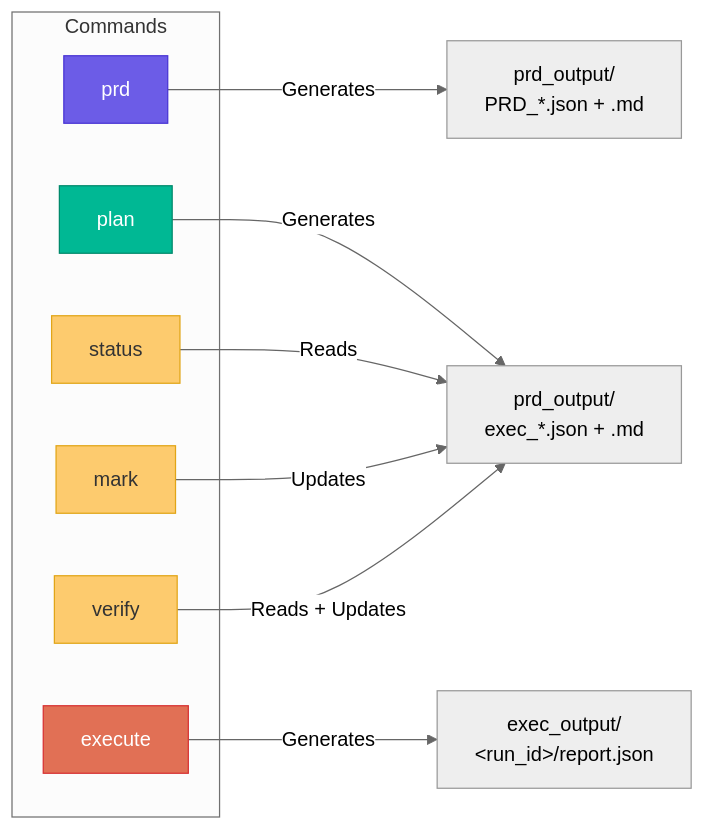
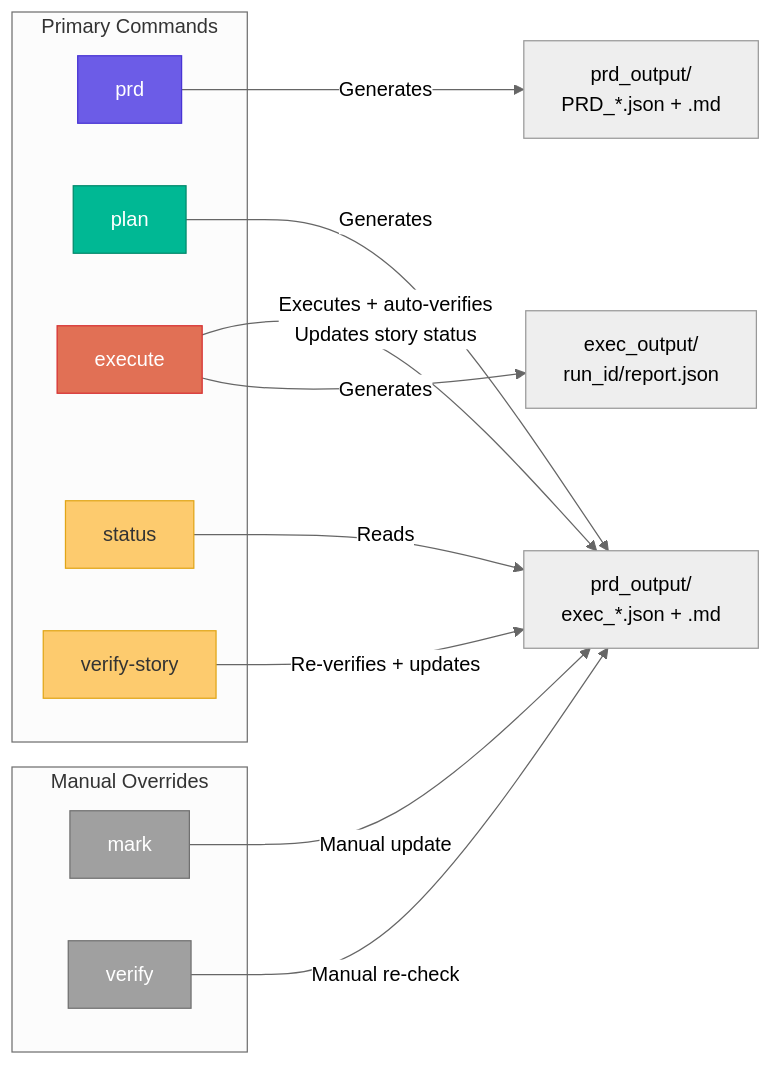
Before and after one commit to darthlinuxer/dialectic-crew-ai: the first of 2 diagrams in docs/cli.md, drawn with Mermaid (neutral theme). The commit also changed other lines of this file and 9 other files, not shown here.

First line of the commit message:
feat: auto-verify tasks against PRD and track user story completion

````diff
--- a/docs/cli.md
+++ b/docs/cli.md
@@ -18,25 +18,32 @@
 ```mermaid
 flowchart LR
-    subgraph Commands
+    subgraph main_cmds ["Primary Commands"]
         PRD["prd"]
         PLAN["plan"]
         EXEC["execute"]
         STATUS["status"]
+        VSTORY["verify-story"]
+    end
+
+    subgraph overrides ["Manual Overrides"]
         MARK["mark"]
         VERIFY["verify"]
     end
 
     PRD -->|"Generates"| PRD_OUT["prd_output/<br/>PRD_*.json + .md"]
     PLAN -->|"Generates"| PLAN_OUT["prd_output/<br/>exec_*.json + .md"]
-    EXEC -->|"Generates"| EXEC_OUT["exec_output/<br/>&lt;run_id&gt;/report.json"]
+    EXEC -->|"Executes + auto-verifies<br/>Updates story status"| PLAN_OUT
+    EXEC -->|"Generates"| EXEC_OUT["exec_output/<br/>run_id/report.json"]
     STATUS -->|"Reads"| PLAN_OUT
-    MARK -->|"Updates"| PLAN_OUT
-    VERIFY -->|"Reads + Updates"| PLAN_OUT
+    VSTORY -->|"Re-verifies + updates"| PLAN_OUT
+    MARK -->|"Manual update"| PLAN_OUT
+    VERIFY -->|"Manual re-check"| PLAN_OUT
 
     style PRD fill:#6C5CE7,stroke:#4834D4,color:#fff
     style PLAN fill:#00B894,stroke:#00896B,color:#fff
     style EXEC fill:#E17055,stroke:#D63031,color:#fff
     style STATUS fill:#FDCB6E,stroke:#E1A517,color:#333
-    style MARK fill:#FDCB6E,stroke:#E1A517,color:#333
-    style VERIFY fill:#FDCB6E,stroke:#E1A517,color:#333
+    style VSTORY fill:#FDCB6E,stroke:#E1A517,color:#333
+    style MARK fill:#A0A0A0,stroke:#707070,color:#fff
+    style VERIFY fill:#A0A0A0,stroke:#707070,color:#fff
 ```
````
